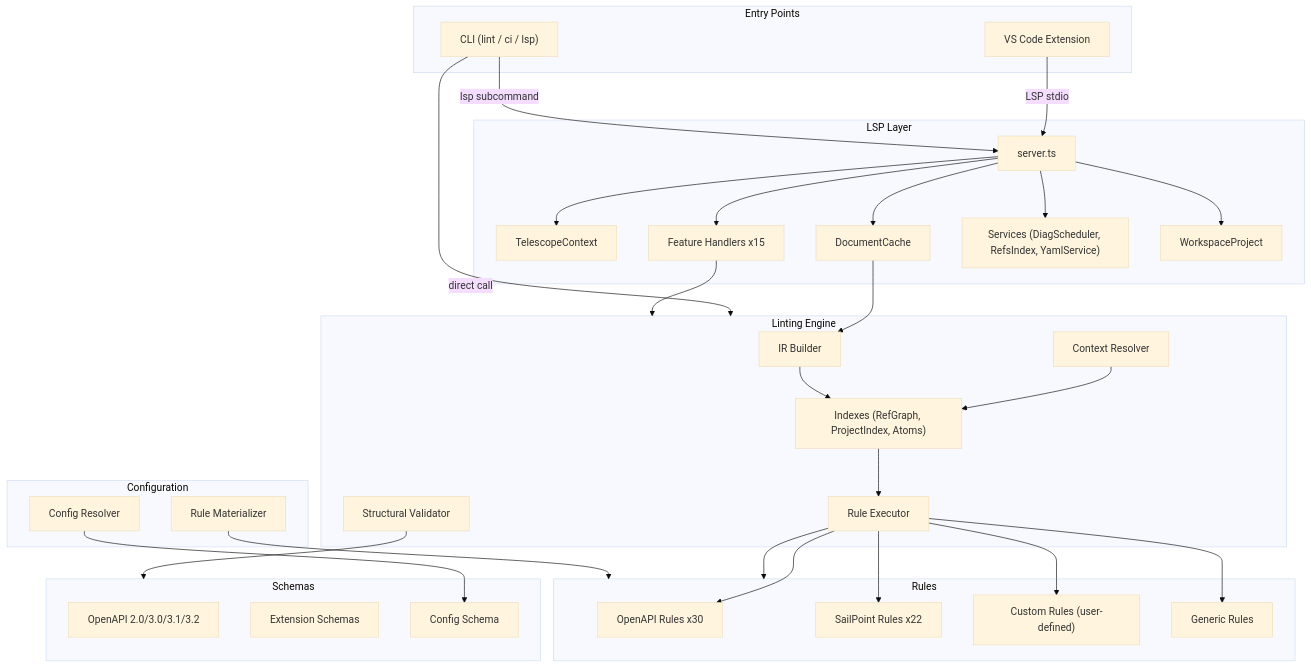
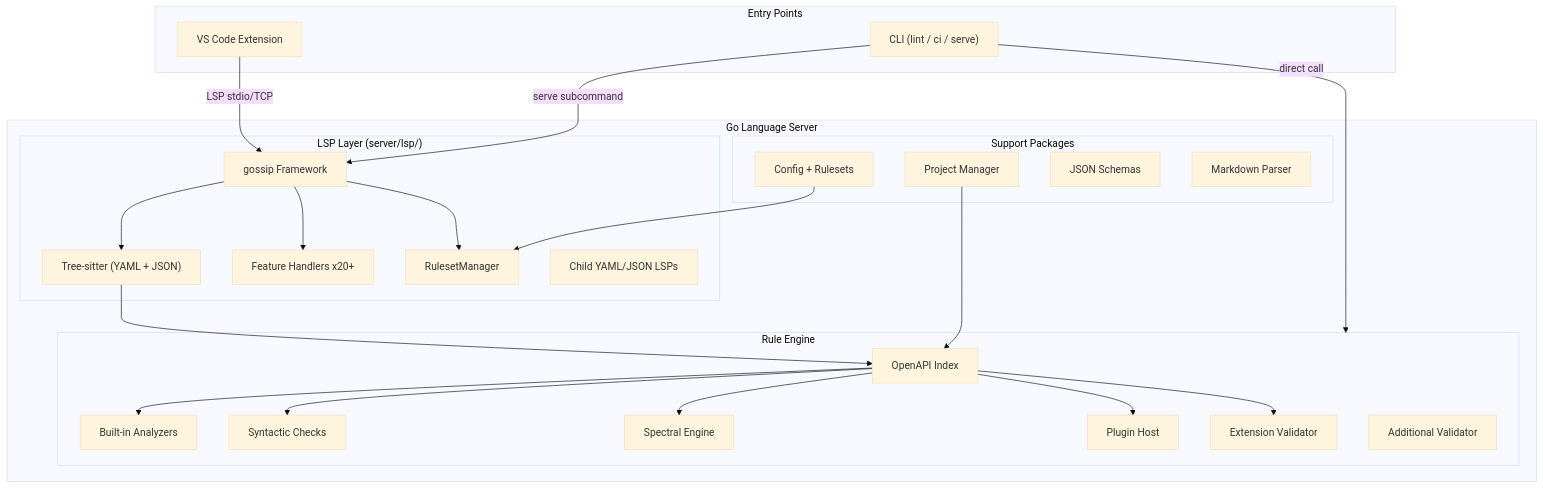
One commit to sailpoint-oss/telescope changed the diagram in docs/CODEBASE-BREAKDOWN.md. Above: the diagram before and after it, drawn with Mermaid (base theme). The commit also changed other lines of this file and 134 other files, not shown here.

First line of the commit message:
feat: LSP/CLI experience overhaul, publish Go module as importable library

````diff
--- a/docs/CODEBASE-BREAKDOWN.md
+++ b/docs/CODEBASE-BREAKDOWN.md
@@ -215,69 +253,52 @@
 ```mermaid
 flowchart TB
     subgraph Clients["Entry Points"]
         VSCode["VS Code Extension"]
-        CLI_Tool["CLI (lint / ci / lsp)"]
+        CLI_Tool["CLI (lint / ci / serve)"]
     end
 
-    subgraph LSP_Layer["LSP Layer"]
-        Server["server.ts"]
-        Context["TelescopeContext"]
-        DocCache["DocumentCache"]
-        Handlers["Feature Handlers x15"]
-        Services["Services (DiagScheduler, RefsIndex, YamlService)"]
-        Workspace["WorkspaceProject"]
+    subgraph GoServer["Go Language Server"]
+        subgraph LSP_Layer["LSP Layer (server/lsp/)"]
+            Gossip["gossip Framework"]
+            TreeSitter["Tree-sitter (YAML + JSON)"]
+            Handlers["Feature Handlers x20+"]
+            RulesetMgr["RulesetManager"]
+            ChildLSP["Child YAML/JSON LSPs"]
+        end
+
+        subgraph Engine["Rule Engine"]
+            OpenAPIIndex["OpenAPI Index"]
+            Analyzers["Built-in Analyzers"]
+            Checks["Syntactic Checks"]
+            SpectralEng["Spectral Engine"]
+            PluginHost["Plugin Host"]
+            ExtValidator["Extension Validator"]
+            AddlValidator["Additional Validator"]
+        end
+
+        subgraph Support["Support Packages"]
+            ProjectMgr["Project Manager"]
+            Config["Config + Rulesets"]
+            Schemas["JSON Schemas"]
+            Markdown["Markdown Parser"]
+        end
     end
 
-    subgraph Engine["Linting Engine"]
-        IR_Builder["IR Builder"]
-        Indexer["Indexes (RefGraph, ProjectIndex, Atoms)"]
-        ContextResolver["Context Resolver"]
-        Executor["Rule Executor"]
-        Validator["Structural Validator"]
-    end
+    VSCode -->|"LSP stdio/TCP"| Gossip
+    CLI_Tool -->|"direct call"| Engine
+    CLI_Tool -->|"serve subcommand"| Gossip
 
-    subgraph Rules["Rules"]
-        OpenAPI_Rules["OpenAPI Rules x30"]
-        SP_Rules["SailPoint Rules x22"]
-        Custom_Rules["Custom Rules (user-defined)"]
-        Generic_Rules["Generic Rules"]
-    end
+    Gossip --> TreeSitter
+    TreeSitter --> OpenAPIIndex
+    Gossip --> Handlers
+    Gossip --> RulesetMgr
 
-    subgraph Schemas["Schemas"]
-        OAS_Schemas["OpenAPI 2.0/3.0/3.1/3.2"]
-        ExtSchemas["Extension Schemas"]
-        Config_Schema["Config Schema"]
-    end
+    OpenAPIIndex --> Analyzers
+    OpenAPIIndex --> Checks
+    OpenAPIIndex --> SpectralEng
+    OpenAPIIndex --> PluginHost
+    OpenAPIIndex --> ExtValidator
 
-    subgraph Config["Configuration"]
-        ConfigResolver["Config Resolver"]
-        RuleMaterializer["Rule Materializer"]
-    end
-
-    VSCode -->|"LSP stdio"| Server
-    CLI_Tool -->|"direct call"| Engine
-    CLI_Tool -->|"lsp subcommand"| Server
-
-    Server --> Context
-    Server --> DocCache
-    Server --> Handlers
-    Server --> Services
-    Server --> Workspace
-
-    Handlers --> Engine
-    DocCache --> IR_Builder
-
-    ContextResolver --> Indexer
-    IR_Builder --> Indexer
-    Indexer --> Executor
-    Executor --> Rules
-    Validator --> Schemas
-
-    ConfigResolver --> Config_Schema
-    RuleMaterializer --> Rules
-
-    Executor --> OpenAPI_Rules
-    Executor --> SP_Rules
-    Executor --> Custom_Rules
-    Executor --> Generic_Rules
+    ProjectMgr --> OpenAPIIndex
+    Config --> RulesetMgr
 ```
````
